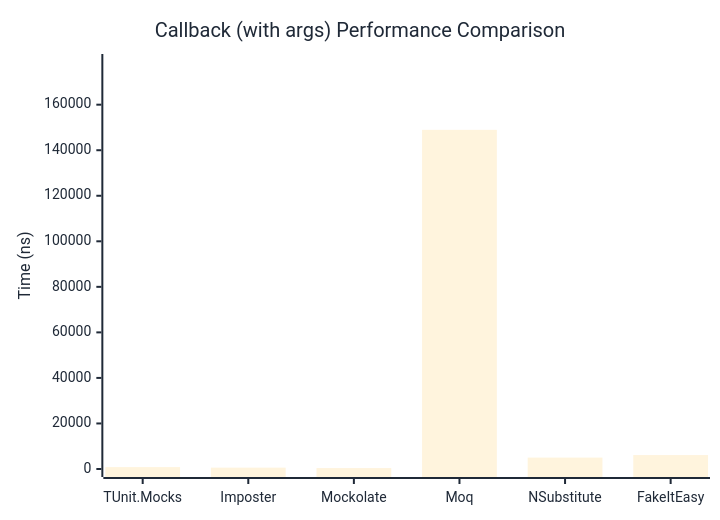
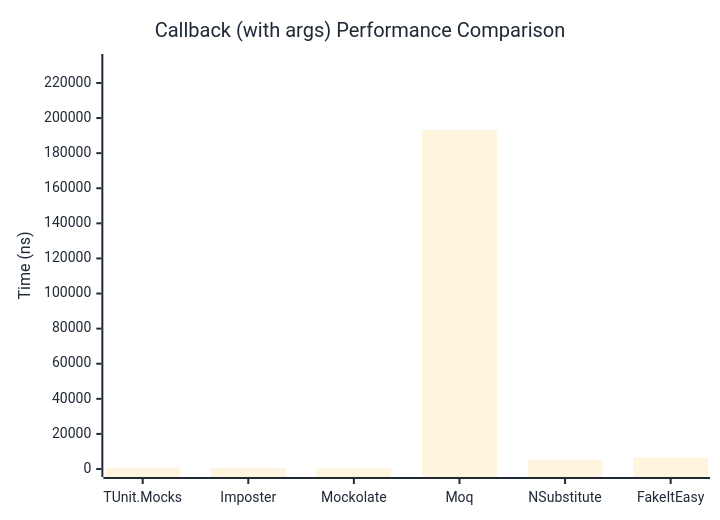
The second of 2 diagrams in docs/docs/benchmarks/mocks/Callback.md (thomhurst/TUnit), drawn with Mermaid before and after one commit. The commit also changed other lines of this file and 14 other files, not shown here.

````diff
--- a/docs/docs/benchmarks/mocks/Callback.md
+++ b/docs/docs/benchmarks/mocks/Callback.md
@@ -69,27 +69,27 @@
 ```mermaid
 %%{init: {
   'theme':'base',
   'themeVariables': {
     'primaryColor': '#2563eb',
     'primaryTextColor': '#1f2937',
     'primaryBorderColor': '#1e40af',
     'lineColor': '#6b7280',
     'secondaryColor': '#7c3aed',
     'tertiaryColor': '#dc2626',
     'background': '#ffffff',
     'pie1': '#2563eb',
     'pie2': '#7c3aed',
     'pie3': '#dc2626',
     'pie4': '#f59e0b',
     'pie5': '#10b981',
     'pie6': '#06b6d4',
     'pie7': '#ec4899',
     'pie8': '#6366f1'
   }
 }}%%
 xychart-beta
   title "Callback (with args) Performance Comparison"
   x-axis ["TUnit.Mocks", "Imposter", "Mockolate", "Moq", "NSubstitute", "FakeItEasy"]
-  y-axis "Time (ns)" 0 --> 178747
-  bar [839.2, 597.4, 402.7, 148955.1, 5010.7, 6119.5]
+  y-axis "Time (ns)" 0 --> 231954
+  bar [789.1, 515, 394.5, 193294.2, 5060, 6484.5]
 ```
````
